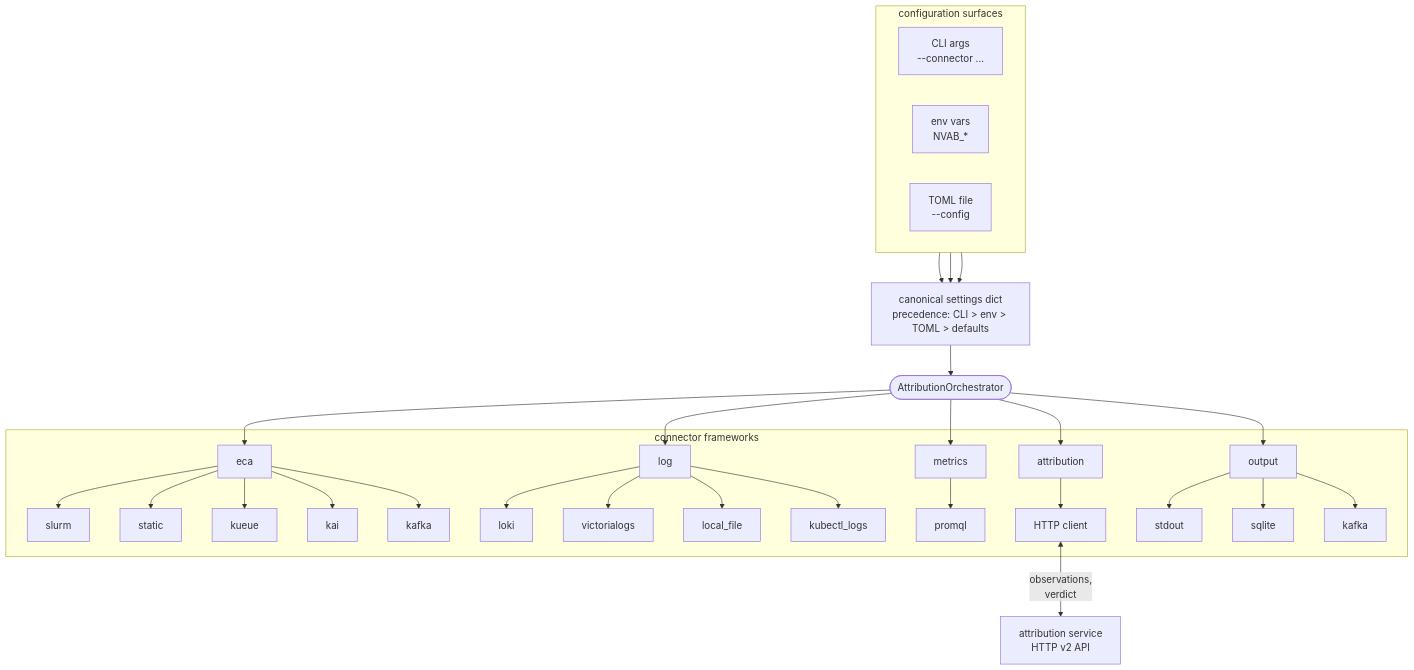
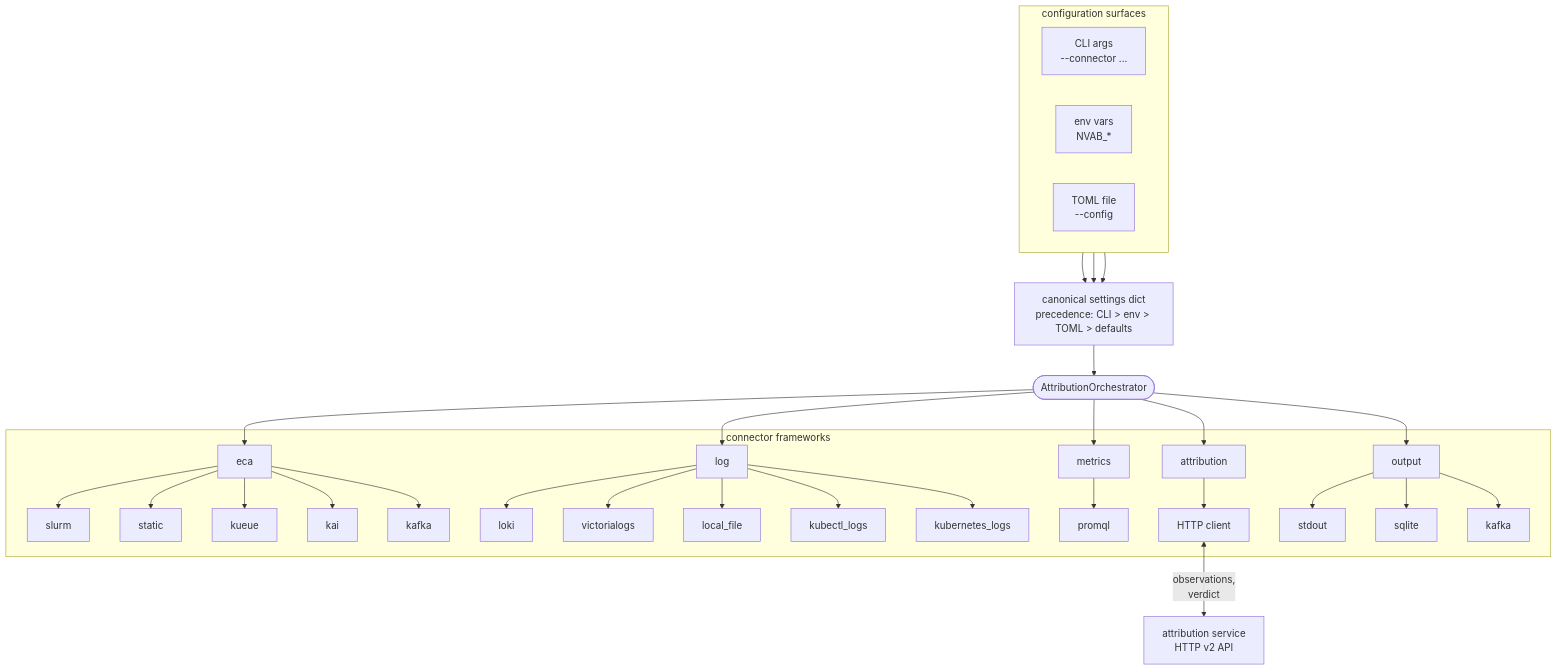
The diagram in docs/ARCHITECTURE.md (dsx-ai-factory/attribution), drawn with Mermaid before and after one commit. The commit also changed other lines of this file and 2 other files, not shown here.

First line of the commit message:
docs(blueprint): document the kubernetes_logs connector

````diff
--- a/docs/ARCHITECTURE.md
+++ b/docs/ARCHITECTURE.md
@@ -14,66 +14,68 @@
 ```mermaid
 flowchart TD
     subgraph cfg["configuration surfaces"]
         direction LR
         CLI[CLI args<br/>--connector ...]
         ENV[env vars<br/>NVAB_*]
         TOML[TOML file<br/>--config]
     end
 
     Settings[canonical settings dict<br/>precedence: CLI > env > TOML > defaults]
 
     Orch([AttributionOrchestrator])
 
     subgraph fw["connector frameworks"]
         ECA[eca]
         ECASlurm[slurm]
         ECAStatic[static]
         ECAKueue[kueue]
         ECAKai[kai]
         ECAKafka[kafka]
         ECA --> ECASlurm
         ECA --> ECAStatic
         ECA --> ECAKueue
         ECA --> ECAKai
         ECA --> ECAKafka
 
         Log[log]
         LogLoki[loki]
         LogVictoriaLogs[victorialogs]
         LogLocal[local_file]
         LogKubectl[kubectl_logs]
+        LogK8s[kubernetes_logs]
         Log --> LogLoki
         Log --> LogVictoriaLogs
         Log --> LogLocal
         Log --> LogKubectl
+        Log --> LogK8s
 
         Met[metrics]
         MetProm[promql]
         Met --> MetProm
 
         Attr[attribution]
         AttrHTTP[HTTP client]
         Attr --> AttrHTTP
 
         Out[output]
         OutStdout[stdout]
         OutSqlite[sqlite]
         OutKafka[kafka]
         Out --> OutStdout
         Out --> OutSqlite
         Out --> OutKafka
     end
 
     Service[attribution service<br/>HTTP v2 API]
 
     CLI --> Settings
     ENV --> Settings
     TOML --> Settings
     Settings --> Orch
     Orch --> ECA
     Orch --> Log
     Orch --> Met
     Orch --> Attr
     Orch --> Out
     AttrHTTP <-->|observations,<br/>verdict| Service
 ```
````
